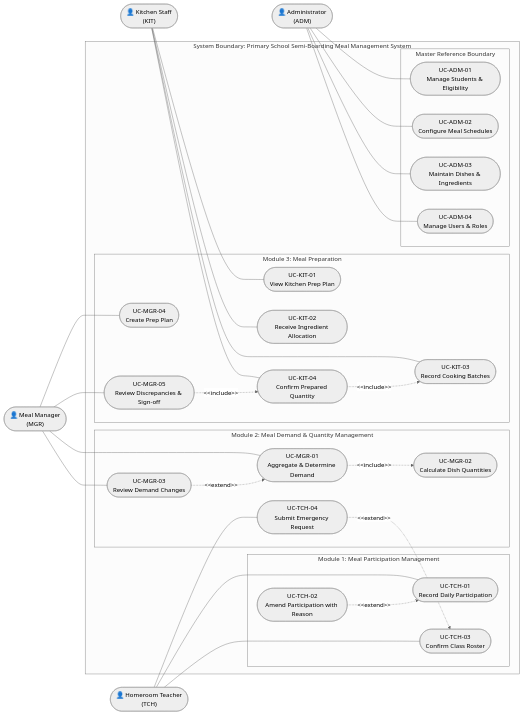
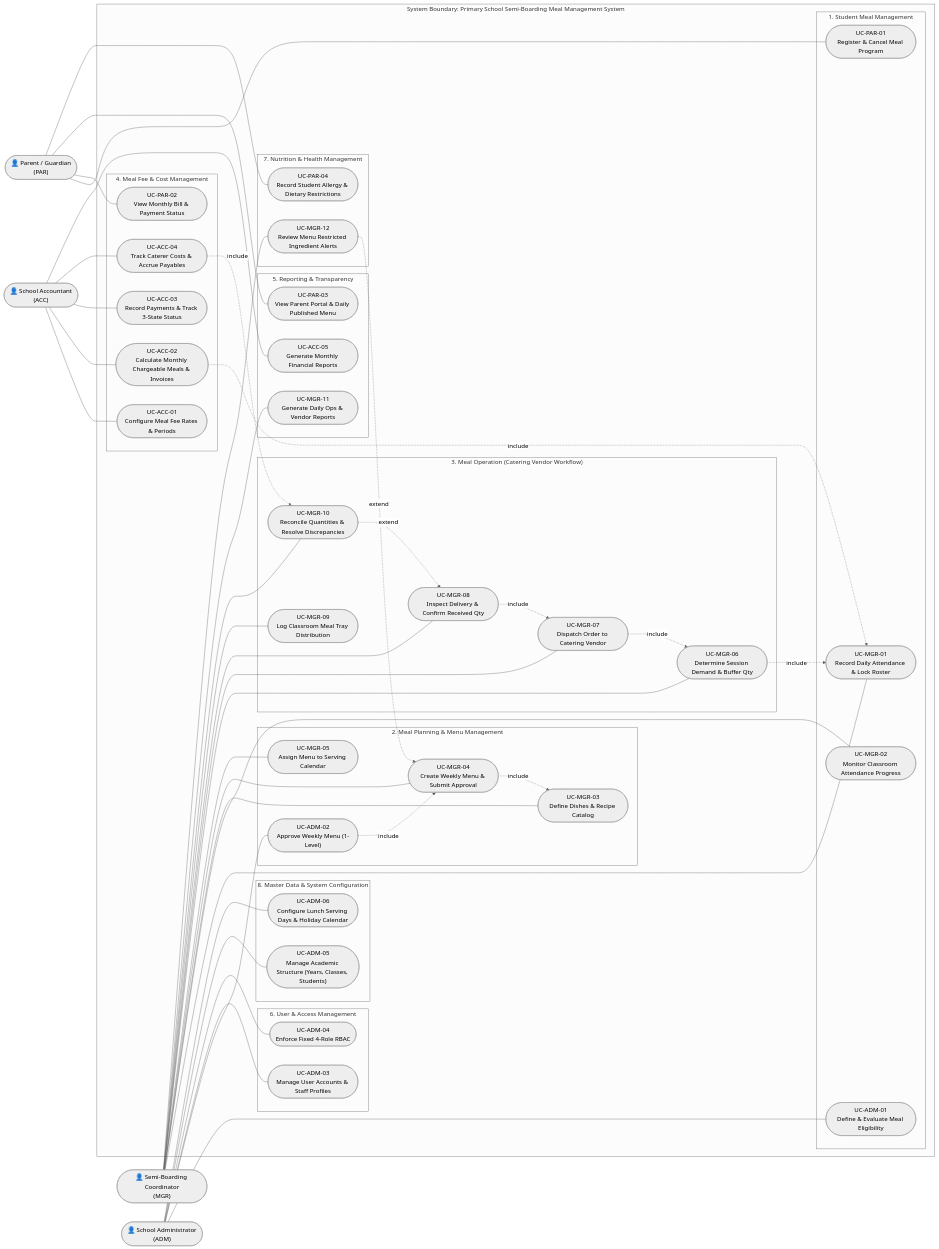
The first of 2 diagrams in docs/03-roles-usecases/usecase-overview.md (Bernie-TruongTQ/PRIMARY_SCHOOL_SEMI-BOARDING_MEAL_MANAGEMENT_SYSTEM), drawn with Mermaid (neutral theme) before and after one commit. The commit also changed other lines of this file and 12 other files, not shown here.

````diff
--- a/docs/03-roles-usecases/usecase-overview.md
+++ b/docs/03-roles-usecases/usecase-overview.md
@@ -15,67 +21,104 @@
 ```mermaid
 flowchart LR
     %% Actors
-    TCH(["👤 Homeroom Teacher\n(TCH)"])
-    MGR(["👤 Meal Manager\n(MGR)"])
-    KIT(["👤 Kitchen Staff\n(KIT)"])
-    ADM(["👤 Administrator\n(ADM)"])
+    MGR(["👤 Semi-Boarding Coordinator\n(MGR)"])
+    ACC(["👤 School Accountant\n(ACC)"])
+    PAR(["👤 Parent / Guardian\n(PAR)"])
+    ADM(["👤 School Administrator\n(ADM)"])
 
     subgraph SYS["System Boundary: Primary School Semi-Boarding Meal Management System"]
-        subgraph MOD1["Module 1: Meal Participation Management"]
-            UC_TCH_01(["UC-TCH-01\nRecord Daily Participation"])
-            UC_TCH_02(["UC-TCH-02\nAmend Participation with Reason"])
-            UC_TCH_03(["UC-TCH-03\nConfirm Class Roster"])
+        subgraph DOM1["1. Student Meal Management"]
+            UC_PAR_01(["UC-PAR-01\nRegister & Cancel Meal Program"])
+            UC_MGR_01(["UC-MGR-01\nRecord Daily Attendance & Lock Roster"])
+            UC_MGR_02(["UC-MGR-02\nMonitor Classroom Attendance Progress"])
+            UC_ADM_01(["UC-ADM-01\nDefine & Evaluate Meal Eligibility"])
         end
 
-        subgraph MOD2["Module 2: Meal Demand & Quantity Management"]
-            UC_MGR_01(["UC-MGR-01\nAggregate & Determine Demand"])
-            UC_MGR_02(["UC-MGR-02\nCalculate Dish Quantities"])
-            UC_MGR_03(["UC-MGR-03\nReview Demand Changes"])
-            UC_TCH_04(["UC-TCH-04\nSubmit Emergency Request"])
+        subgraph DOM2["2. Meal Planning & Menu Management"]
+            UC_MGR_03(["UC-MGR-03\nDefine Dishes & Recipe Catalog"])
+            UC_MGR_04(["UC-MGR-04\nCreate Weekly Menu & Submit Approval"])
+            UC_MGR_05(["UC-MGR-05\nAssign Menu to Serving Calendar"])
+            UC_ADM_02(["UC-ADM-02\nApprove Weekly Menu (1-Level)"])
         end
 
-        subgraph MOD3["Module 3: Meal Preparation"]
-            UC_MGR_04(["UC-MGR-04\nCreate Prep Plan"])
-            UC_KIT_01(["UC-KIT-01\nView Kitchen Prep Plan"])
-            UC_KIT_02(["UC-KIT-02\nReceive Ingredient Allocation"])
-            UC_KIT_03(["UC-KIT-03\nRecord Cooking Batches"])
-            UC_KIT_04(["UC-KIT-04\nConfirm Prepared Quantity"])
-            UC_MGR_05(["UC-MGR-05\nReview Discrepancies & Sign-off"])
+        subgraph DOM3["3. Meal Operation (Catering Vendor Workflow)"]
+            UC_MGR_06(["UC-MGR-06\nDetermine Session Demand & Buffer Qty"])
+            UC_MGR_07(["UC-MGR-07\nDispatch Order to Catering Vendor"])
+            UC_MGR_08(["UC-MGR-08\nInspect Delivery & Confirm Received Qty"])
+            UC_MGR_09(["UC-MGR-09\nLog Classroom Meal Tray Distribution"])
+            UC_MGR_10(["UC-MGR-10\nReconcile Quantities & Resolve Discrepancies"])
         end
 
-        subgraph REF["Master Reference Boundary"]
-            UC_ADM_01(["UC-ADM-01\nManage Students & Eligibility"])
-            UC_ADM_02(["UC-ADM-02\nConfigure Meal Schedules"])
-            UC_ADM_03(["UC-ADM-03\nMaintain Dishes & Ingredients"])
-            UC_ADM_04(["UC-ADM-04\nManage Users & Roles"])
+        subgraph DOM4["4. Meal Fee & Cost Management"]
+            UC_ACC_01(["UC-ACC-01\nConfigure Meal Fee Rates & Periods"])
+            UC_ACC_02(["UC-ACC-02\nCalculate Monthly Chargeable Meals & Invoices"])
+            UC_ACC_03(["UC-ACC-03\nRecord Payments & Track 3-State Status"])
+            UC_ACC_04(["UC-ACC-04\nTrack Caterer Costs & Accrue Payables"])
+            UC_PAR_02(["UC-PAR-02\nView Monthly Bill & Payment Status"])
+        end
+
+        subgraph DOM5["5. Reporting & Transparency"]
+            UC_MGR_11(["UC-MGR-11\nGenerate Daily Ops & Vendor Reports"])
+            UC_ACC_05(["UC-ACC-05\nGenerate Monthly Financial Reports"])
+            UC_PAR_03(["UC-PAR-03\nView Parent Portal & Daily Published Menu"])
+        end
+
+        subgraph DOM6["6. User & Access Management"]
+            UC_ADM_03(["UC-ADM-03\nManage User Accounts & Staff Profiles"])
+            UC_ADM_04(["UC-ADM-04\nEnforce Fixed 4-Role RBAC"])
+        end
+
+        subgraph DOM7["7. Nutrition & Health Management"]
+            UC_PAR_04(["UC-PAR-04\nRecord Student Allergy & Dietary Restrictions"])
+            UC_MGR_12(["UC-MGR-12\nReview Menu Restricted Ingredient Alerts"])
+        end
+
+        subgraph DOM8["8. Master Data & System Configuration"]
+            UC_ADM_05(["UC-ADM-05\nManage Academic Structure (Years, Classes, Students)"])
+            UC_ADM_06(["UC-ADM-06\nConfigure Lunch Serving Days & Holiday Calendar"])
         end
     end
 
     %% Actor Associations
-    TCH --- UC_TCH_01
-    TCH --- UC_TCH_03
-    TCH --- UC_TCH_04
-
     MGR --- UC_MGR_01
+    MGR --- UC_MGR_02
     MGR --- UC_MGR_03
     MGR --- UC_MGR_04
     MGR --- UC_MGR_05
+    MGR --- UC_MGR_06
+    MGR --- UC_MGR_07
+    MGR --- UC_MGR_08
+    MGR --- UC_MGR_09
+    MGR --- UC_MGR_10
+    MGR --- UC_MGR_11
+    MGR --- UC_MGR_12
 
-    KIT --- UC_KIT_01
-    KIT --- UC_KIT_02
-    KIT --- UC_KIT_03
-    KIT --- UC_KIT_04
+    ACC --- UC_ACC_01
+    ACC --- UC_ACC_02
+    ACC --- UC_ACC_03
+    ACC --- UC_ACC_04
+    ACC --- UC_ACC_05
+
+    PAR --- UC_PAR_01
+    PAR --- UC_PAR_02
+    PAR --- UC_PAR_03
+    PAR --- UC_PAR_04
 
     ADM --- UC_ADM_01
     ADM --- UC_ADM_02
     ADM --- UC_ADM_03
     ADM --- UC_ADM_04
+    ADM --- UC_ADM_05
+    ADM --- UC_ADM_06
 
-    %% Dependencies: &lt;&lt;include&gt;&gt; &amp; &lt;&lt;extend&gt;&gt;
-    UC_TCH_02 -.->|"&lt;&lt;extend&gt;&gt;"| UC_TCH_01
-    UC_TCH_04 -.->|"&lt;&lt;extend&gt;&gt;"| UC_TCH_03
-    UC_MGR_01 -.->|"&lt;&lt;include&gt;&gt;"| UC_MGR_02
-    UC_MGR_03 -.->|"&lt;&lt;extend&gt;&gt;"| UC_MGR_01
-    UC_KIT_04 -.->|"&lt;&lt;include&gt;&gt;"| UC_KIT_03
-    UC_MGR_05 -.->|"&lt;&lt;include&gt;&gt;"| UC_KIT_04
+    %% UML Relationships (Explicit include & extend)
+    UC_MGR_06 -.->|include| UC_MGR_01
+    UC_MGR_07 -.->|include| UC_MGR_06
+    UC_MGR_08 -.->|include| UC_MGR_07
+    UC_MGR_10 -.->|extend| UC_MGR_08
+    UC_MGR_04 -.->|include| UC_MGR_03
+    UC_ADM_02 -.->|include| UC_MGR_04
+    UC_ACC_02 -.->|include| UC_MGR_01
+    UC_ACC_04 -.->|include| UC_MGR_10
+    UC_MGR_12 -.->|extend| UC_MGR_04
 ```
````
